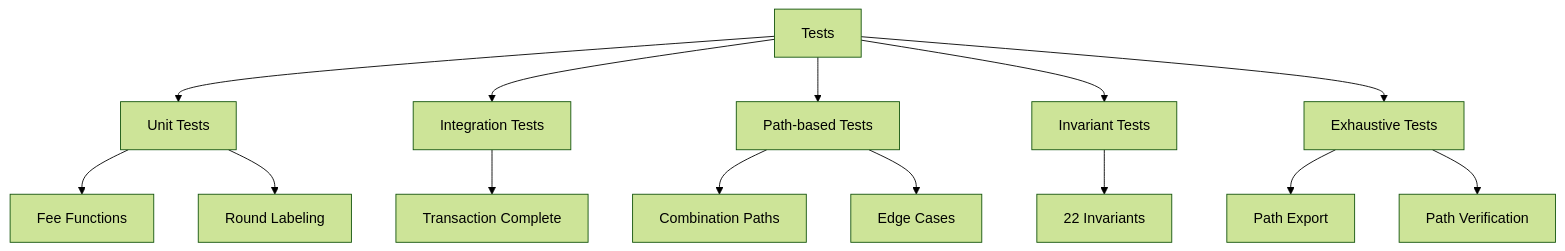
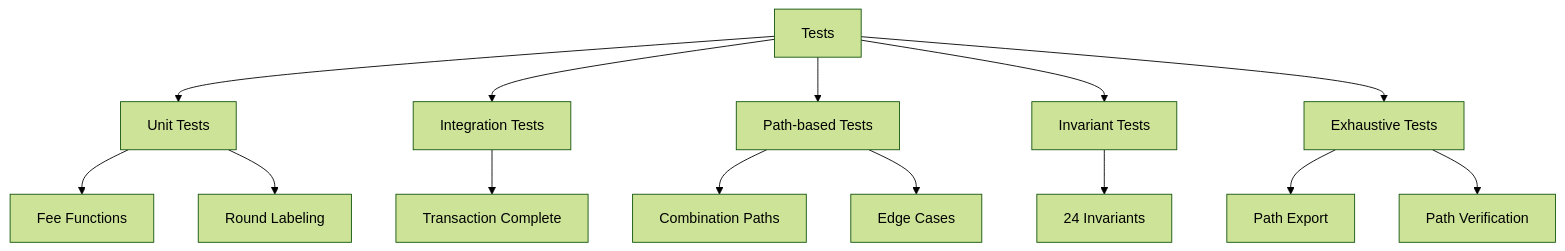
One commit to genlayerlabs/genlayer-fee-distribution-simulator changed the fifth of 5 diagrams in docs/ARCHITECTURE.md. Above: the diagram before and after it, drawn with Mermaid (forest theme). The commit also changed other lines of this file and 34 other files, not shown here.

````diff
--- a/docs/ARCHITECTURE.md
+++ b/docs/ARCHITECTURE.md
@@ -273,22 +273,22 @@
 ```mermaid
 graph TD
     T[Tests]
     T --> U[Unit Tests]
     T --> I[Integration Tests]
     T --> P[Path-based Tests]
     T --> V[Invariant Tests]
     T --> E[Exhaustive Tests]
     
     U --> UF[Fee Functions]
     U --> RL[Round Labeling]
     
     I --> TC[Transaction Complete]
     
     P --> CP[Combination Paths]
     P --> EP[Edge Cases]
     
-    V --> CI[22 Invariants]
+    V --> CI[24 Invariants]
     
     E --> PE[Path Export]
     E --> PV[Path Verification]
 ```
````
